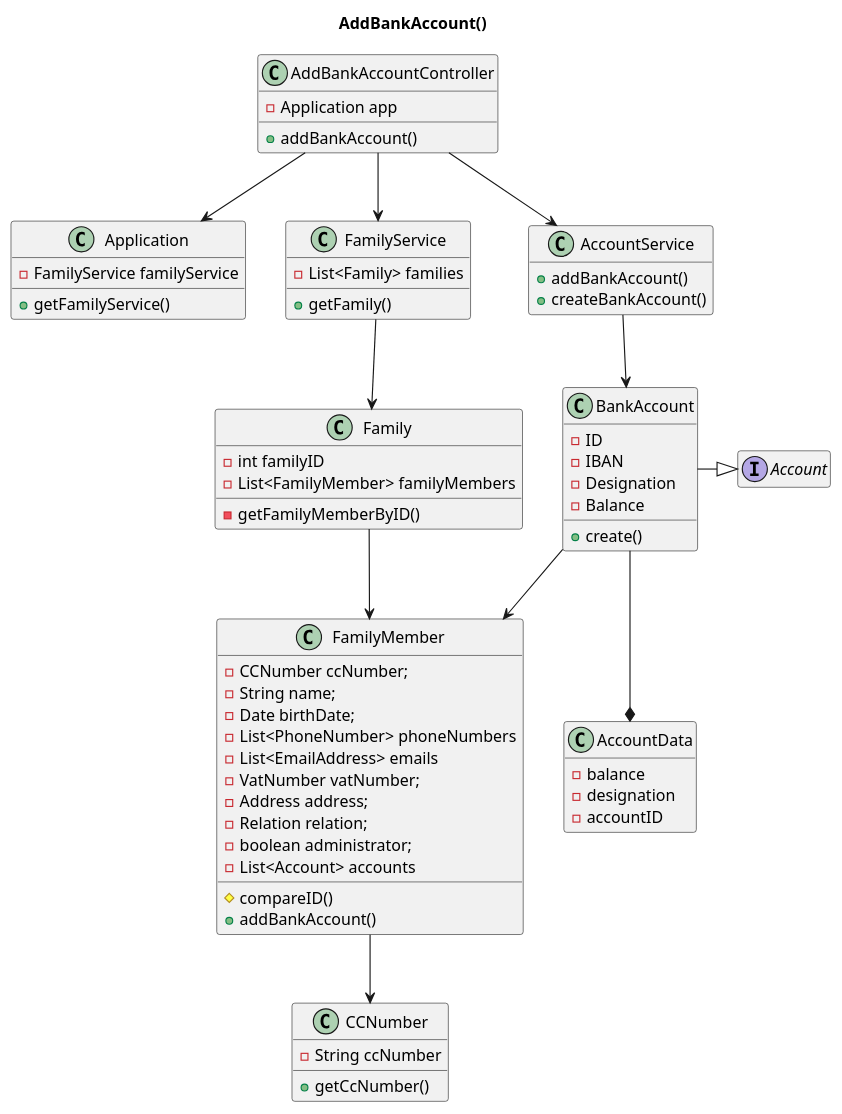
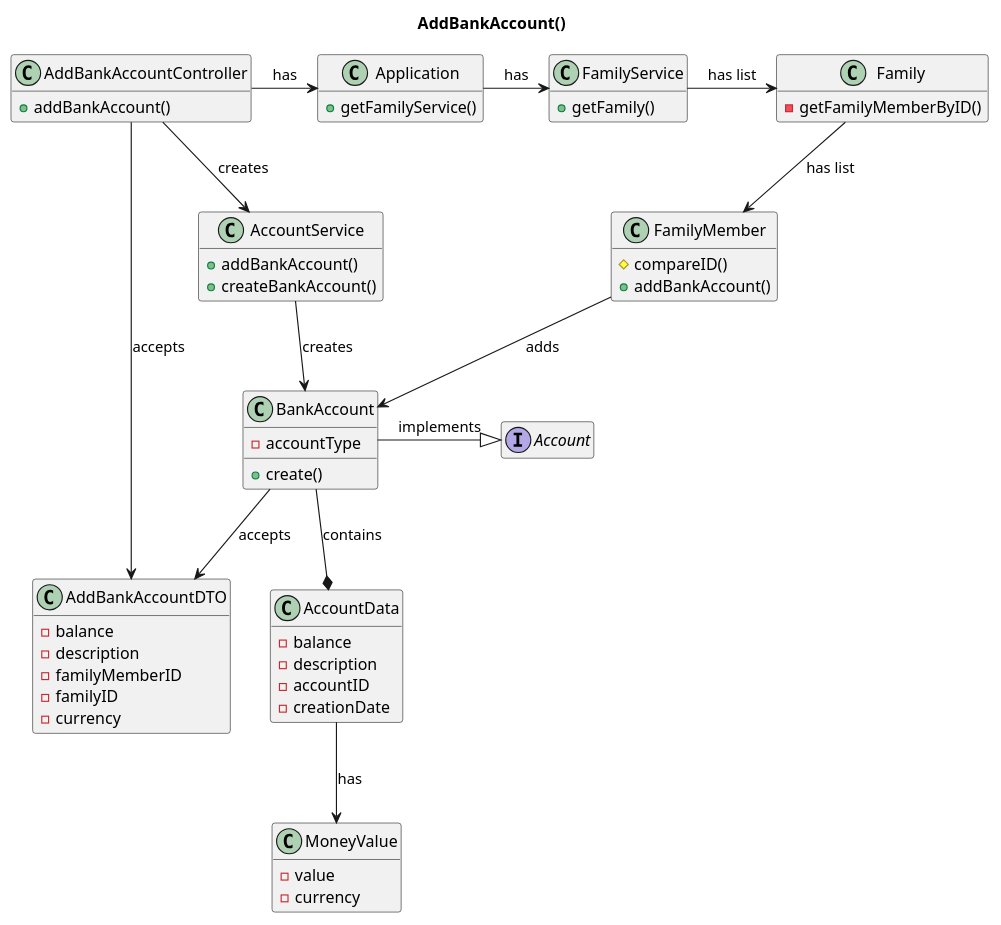
Before and after one commit to tomas-osswald/switch_2020_g3: the third of 3 diagrams in docs/sprint2/user_stories/US171_AddBankAccount.md, drawn with PlantUML. The commit also changed other lines of this file, not shown here.

Commit message:
updated documentation for US171

````diff
--- a/docs/sprint2/user_stories/US171_AddBankAccount.md
+++ b/docs/sprint2/user_stories/US171_AddBankAccount.md
@@ -172,82 +173,73 @@
 ```puml
 @startuml
 
 title AddBankAccount()
 hide empty members
 
+class AddBankAccountDTO{
+  - balance
+  - description
+  - familyMemberID
+  - familyID
+  - currency
+}
 class AddBankAccountController {
-  - Application app
   + addBankAccount()
 }
 
 class Application {
-  - FamilyService familyService
   + getFamilyService()
 }
 
 class FamilyService {
-  - List<Family> families
   + getFamily()
 }
 
 class Family {
-  - int familyID
-  - List<FamilyMember> familyMembers
   - getFamilyMemberByID()  
 }
 
 class FamilyMember {
-  - CCNumber ccNumber;
-  - String name;
-  - Date birthDate;
-  - List<PhoneNumber> phoneNumbers
-  - List<EmailAddress> emails
-  - VatNumber vatNumber;
-  - Address address;
-  - Relation relation;
-  - boolean administrator;
-  - List<Account> accounts
   # compareID()
   + addBankAccount()
   
-}
-
-class CCNumber {
-  - String ccNumber
-  + getCcNumber()
 }
 
 class AccountService {
   + addBankAccount()
   + createBankAccount()
 }
 class BankAccount {
-  - ID
-  - IBAN
-  - Designation
-  - Balance
+  - accountType
   + create()
 }
 
 interface Account{
 }
 class AccountData {
   - balance
-  - designation
+  - description
   - accountID
+  - creationDate
+}
+class MoneyValue {
+  - value
+  - currency
 }
 
-AddBankAccountController --> Application
-AddBankAccountController --> FamilyService
-FamilyService --> Family
-Family --> FamilyMember
-FamilyMember --> CCNumber
-AddBankAccountController --> AccountService
-AccountService --> BankAccount
-BankAccount -|> Account
-BankAccount --> FamilyMember
-BankAccount --* AccountData
+AddBankAccountController -> Application: has
+AddBankAccountController --> AddBankAccountDTO: accepts
+Application -> FamilyService: has
+FamilyService -> Family: has list
+Family --> FamilyMember: has list
+AddBankAccountController --> AccountService: creates
+AccountService --> BankAccount: creates
+BankAccount -|> Account: implements
+BankAccount --> AddBankAccountDTO: accepts
+FamilyMember --> BankAccount: adds
+BankAccount --* AccountData: contains
+AccountData --> MoneyValue: has
 
 
 @enduml
 ```
````
